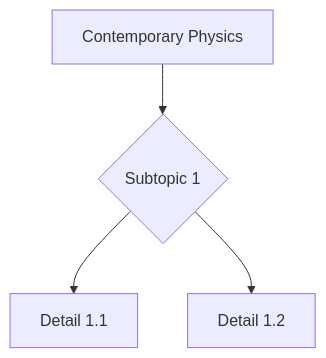
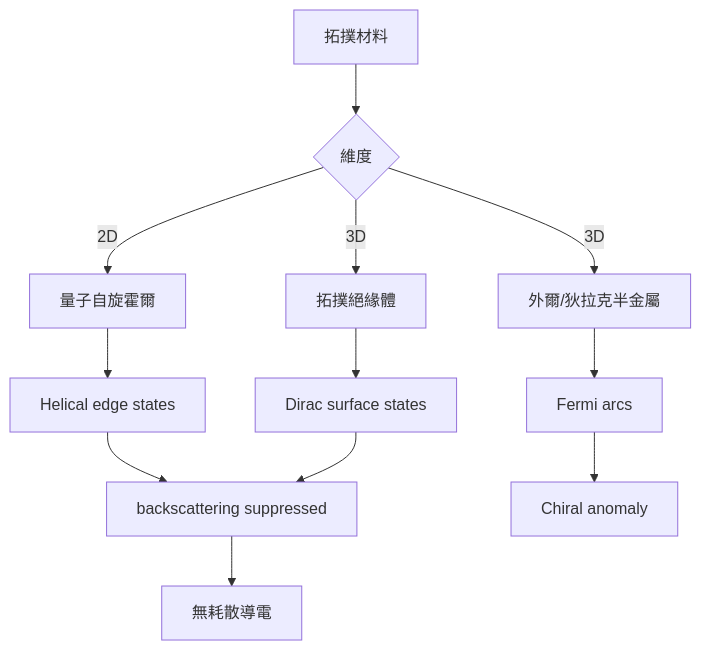
One commit to yip-lgtm/PhysicsSelfStudy changed the first of 10 diagrams in 03_MSc_Physics/core_courses/MSPY_5120_Contemporary_Physics/README.md. Above: the diagram before and after it, drawn with Mermaid. The commit also changed other lines of this file and 21 other files, not shown here.

````diff
--- a/03_MSc_Physics/core_courses/MSPY_5120_Contemporary_Physics/README.md
+++ b/03_MSc_Physics/core_courses/MSPY_5120_Contemporary_Physics/README.md
@@ -259,6 +96,14 @@
 ```mermaid
 graph TD
-    A[Contemporary Physics] --> B{Subtopic 1}
-    B --> C[Detail 1.1]
-    B --> D[Detail 1.2]
+    A[拓撲材料] --> B{維度}
+    B -->|2D| C[量子自旋霍爾]
+    B -->|3D| D[拓撲絕緣體]
+    B -->|3D| E[外爾/狄拉克半金屬]
+    C --> F[Helical edge states]
+    D --> G[Dirac surface states]
+    E --> H[Fermi arcs]
+    F --> I[backscattering suppressed]
+    G --> I
+    H --> J[Chiral anomaly]
+    I --> K[無耗散導電]
 ```
````
